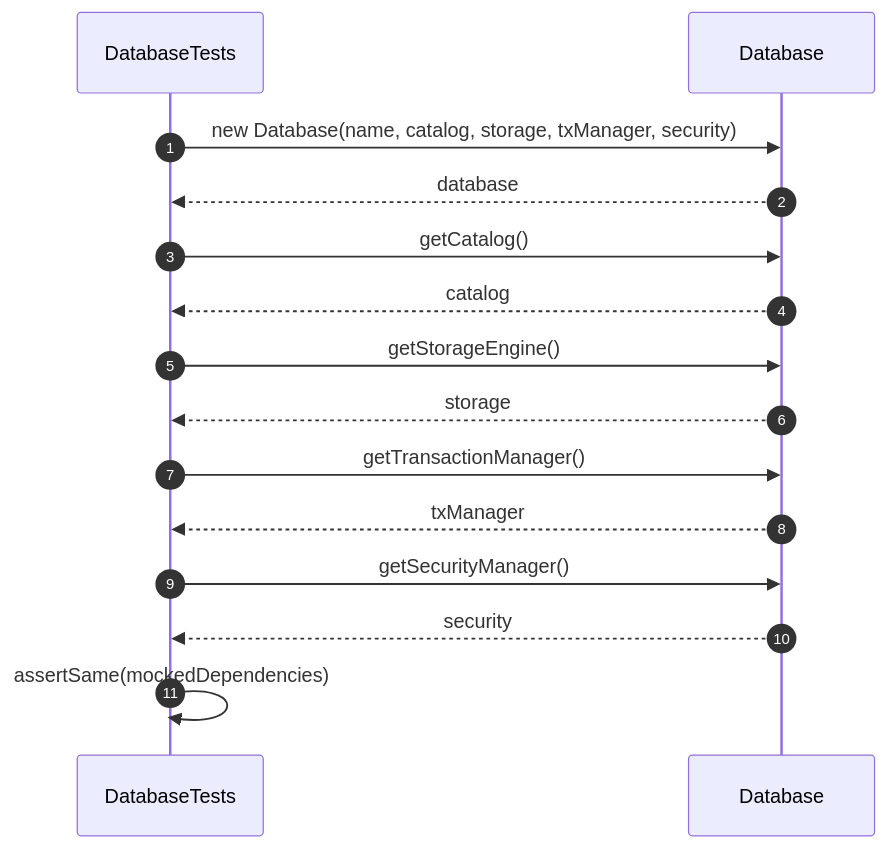
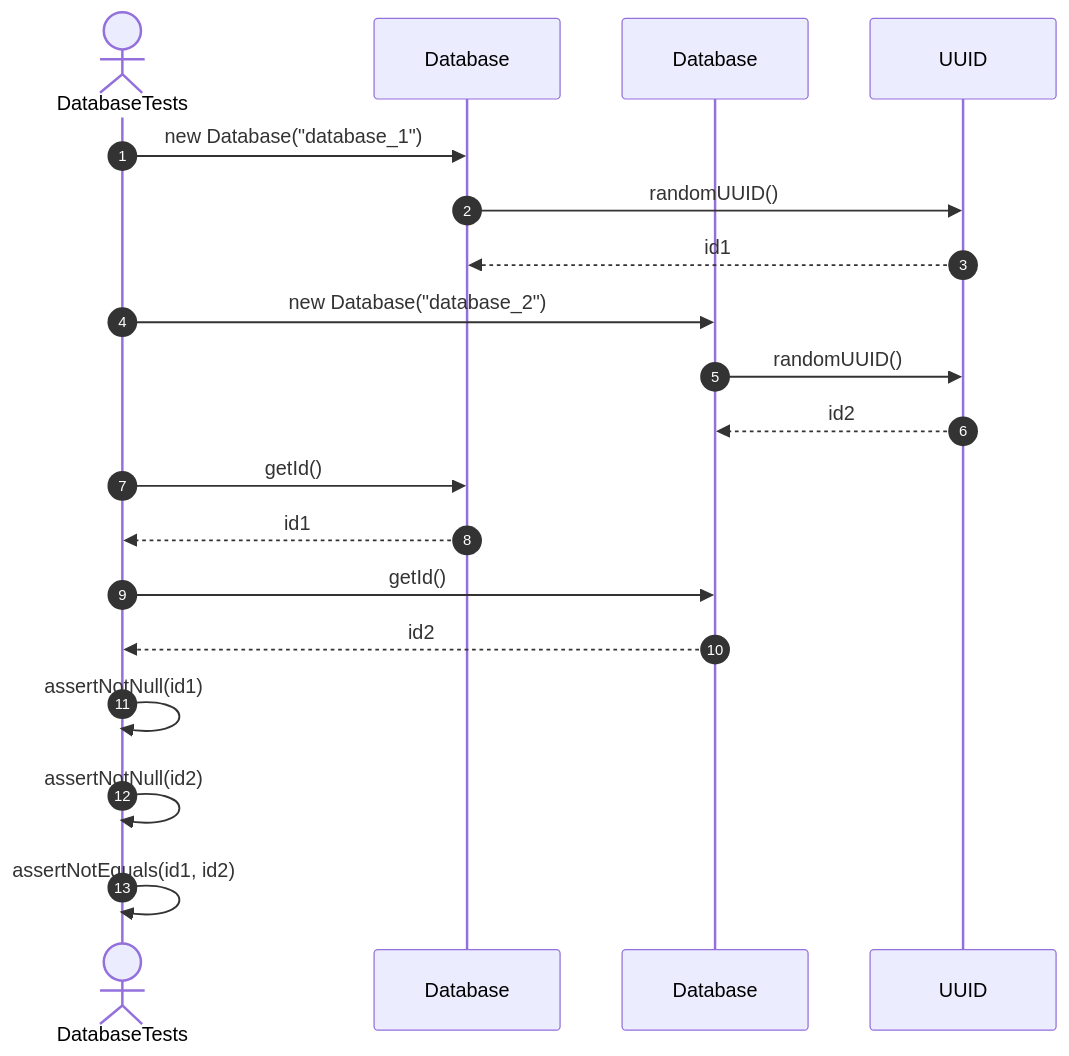
Before and after one commit to FhuAnn/-bbv-AN-s-DBMS: the second of 41 diagrams in src/tests/unit/database/sequences/database-testing.se.md, drawn with Mermaid. The commit also changed other lines of this file and 60 other files, not shown here.

````diff
--- a/src/tests/unit/database/sequences/database-testing.se.md
+++ b/src/tests/unit/database/sequences/database-testing.se.md
@@ -30,24 +46,27 @@
 ```mermaid
 sequenceDiagram
     autonumber
 
-    participant Test as DatabaseTests
-    participant Database
+    actor Test as DatabaseTests
+    participant DB1 as Database
+    participant DB2 as Database
+    participant UUID as UUID
 
-    Test->>Database: new Database(name, catalog, storage, txManager, security)
-    Database-->>Test: database
+    Test->>DB1: new Database("database_1")
+    DB1->>UUID: randomUUID()
+    UUID-->>DB1: id1
 
-    Test->>Database: getCatalog()
-    Database-->>Test: catalog
+    Test->>DB2: new Database("database_2")
+    DB2->>UUID: randomUUID()
+    UUID-->>DB2: id2
 
-    Test->>Database: getStorageEngine()
-    Database-->>Test: storage
+    Test->>DB1: getId()
+    DB1-->>Test: id1
 
-    Test->>Database: getTransactionManager()
-    Database-->>Test: txManager
+    Test->>DB2: getId()
+    DB2-->>Test: id2
 
-    Test->>Database: getSecurityManager()
-    Database-->>Test: security
-
-    Test->>Test: assertSame(mockedDependencies)
+    Test->>Test: assertNotNull(id1)
+    Test->>Test: assertNotNull(id2)
+    Test->>Test: assertNotEquals(id1, id2)
 ```
````
